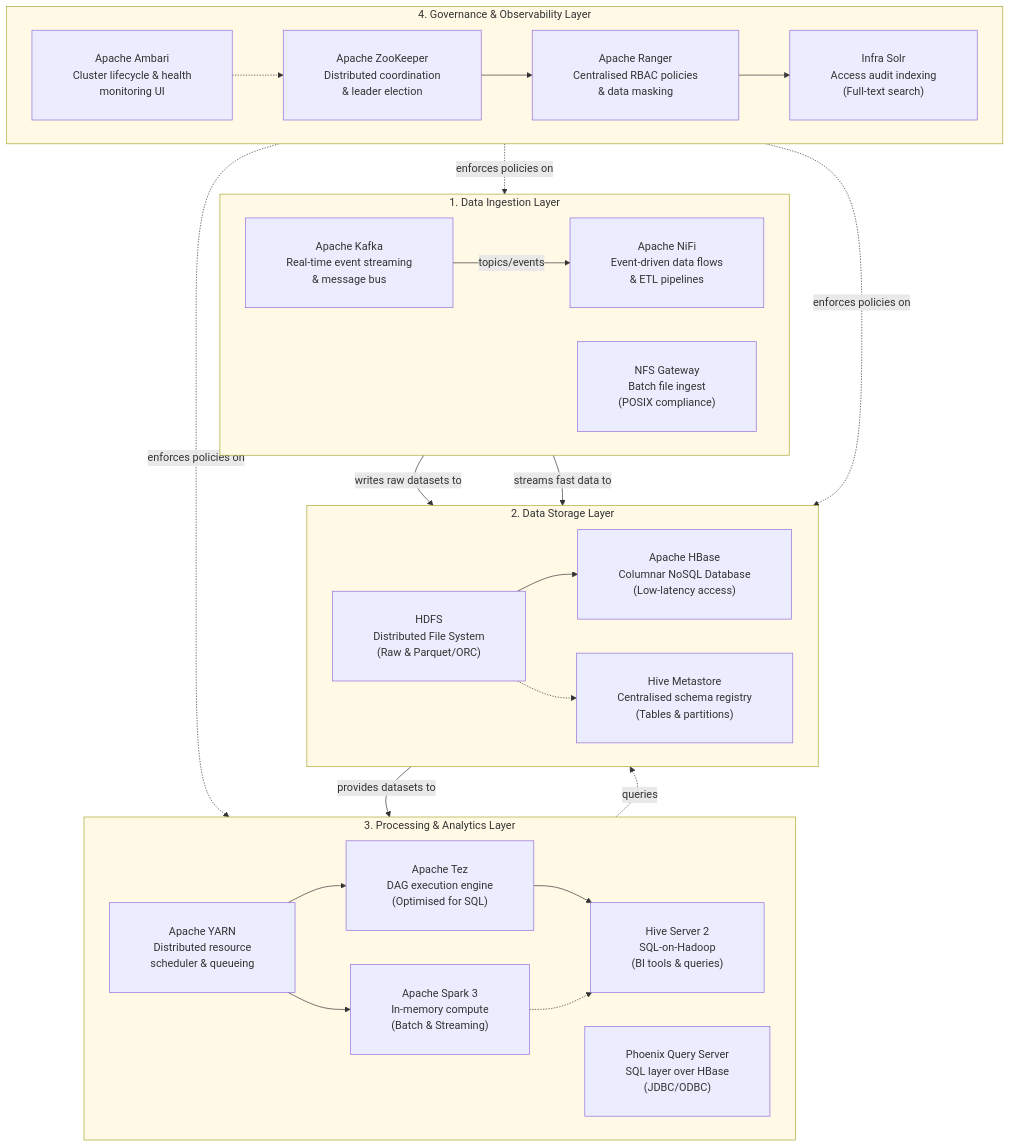
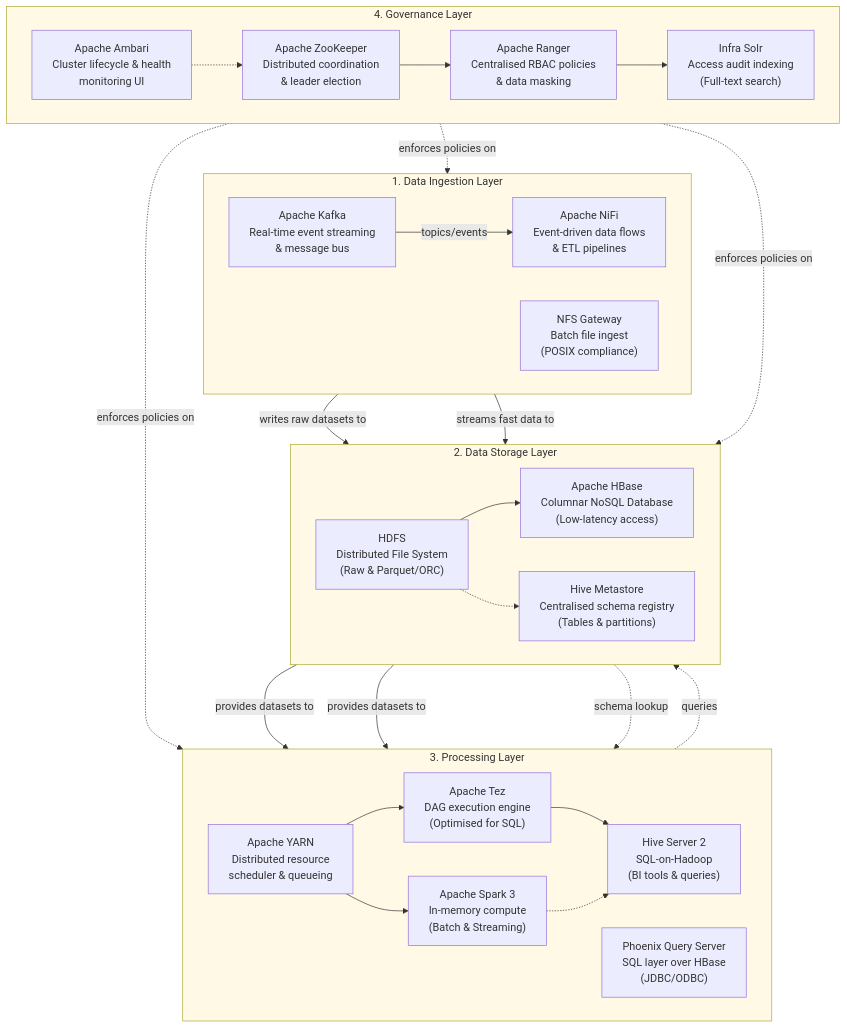
One commit to joaopfduarte/Article-CDP changed the diagram in content/assets/mermaid/datalake-architecture.mmd. Above: the diagram before and after it, drawn with Mermaid. The commit also changed 1 other file, not shown here.

Commit message:
fix: hidden data in fig

```diff
--- a/content/assets/mermaid/datalake-architecture.mmd
+++ b/content/assets/mermaid/datalake-architecture.mmd
@@ -1,64 +1,66 @@
-%%{init: {"flowchart": {"padding": 30}, "themeVariables": {"clusterBkg": "#fff9e6"}}}%%
+%%{init: {"flowchart": {"padding": 15}, "themeVariables": {"clusterBkg": "#fff9e6"}}}%%
 graph TD
     %% =========================================================
     %%  Data Lake Final Architecture (Default Profile)
     %%  Focus: Functional capabilities, not infrastructure/provisioning
     %% =========================================================
 
     subgraph INGEST ["1. Data Ingestion Layer"]
         direction LR
         KAFKA["Apache Kafka<br/>Real-time event streaming<br/>& message bus"]
         NIFI["Apache NiFi<br/>Event-driven data flows<br/>& ETL pipelines"]
         NFS["NFS Gateway<br/>Batch file ingest<br/>(POSIX compliance)"]
         
         KAFKA -->|"topics/events"| NIFI
     end
 
     subgraph STORE ["2. Data Storage Layer"]
         direction LR
         HDFS["HDFS<br/>Distributed File System<br/>(Raw & Parquet/ORC)"]
         HBASE["Apache HBase<br/>Columnar NoSQL Database<br/>(Low-latency access)"]
         HMETA["Hive Metastore<br/>Centralised schema registry<br/>(Tables & partitions)"]
         
         HDFS --> HBASE
         HDFS -.-> HMETA
     end
 
-    subgraph PROCESS ["3. Processing & Analytics Layer"]
+    subgraph PROCESS ["3. Processing Layer"]
         direction LR
         YARN["Apache YARN<br/>Distributed resource<br/>scheduler & queueing"]
         SPARK["Apache Spark 3<br/>In-memory compute<br/>(Batch & Streaming)"]
         TEZ["Apache Tez<br/>DAG execution engine<br/>(Optimised for SQL)"]
         
         YARN --> SPARK
         YARN --> TEZ
         
         HIVE["Hive Server 2<br/>SQL-on-Hadoop<br/>(BI tools & queries)"]
         PHOENIX["Phoenix Query Server<br/>SQL layer over HBase<br/>(JDBC/ODBC)"]
         
         TEZ --> HIVE
         SPARK -.-> HIVE
     end
 
-    subgraph GOVERN ["4. Governance & Observability Layer"]
+    subgraph GOVERN ["4. Governance Layer"]
         direction LR
         RANGER["Apache Ranger<br/>Centralised RBAC policies<br/>& data masking"]
         SOLR["Infra Solr<br/>Access audit indexing<br/>(Full-text search)"]
         ZK["Apache ZooKeeper<br/>Distributed coordination<br/>& leader election"]
         AMBARI["Apache Ambari<br/>Cluster lifecycle & health<br/>monitoring UI"]
         
         RANGER --> SOLR
         ZK --> RANGER
         AMBARI -.-> ZK
     end
 
     %% Key relationships between layers
     INGEST -->|"writes raw datasets to"| HDFS
     INGEST -->|"streams fast data to"| HBASE
     
-    STORE -->|"provides datasets to"| PROCESS
+    HDFS --->|"provides datasets to"| YARN
+    HBASE --->|"provides datasets to"| SPARK
+    HMETA -.->|"schema lookup"| HIVE
     PHOENIX -.->|"queries"| HBASE
     
     GOVERN -.->|"enforces policies on"| INGEST
     GOVERN -.->|"enforces policies on"| STORE
     GOVERN -.->|"enforces policies on"| PROCESS
```
